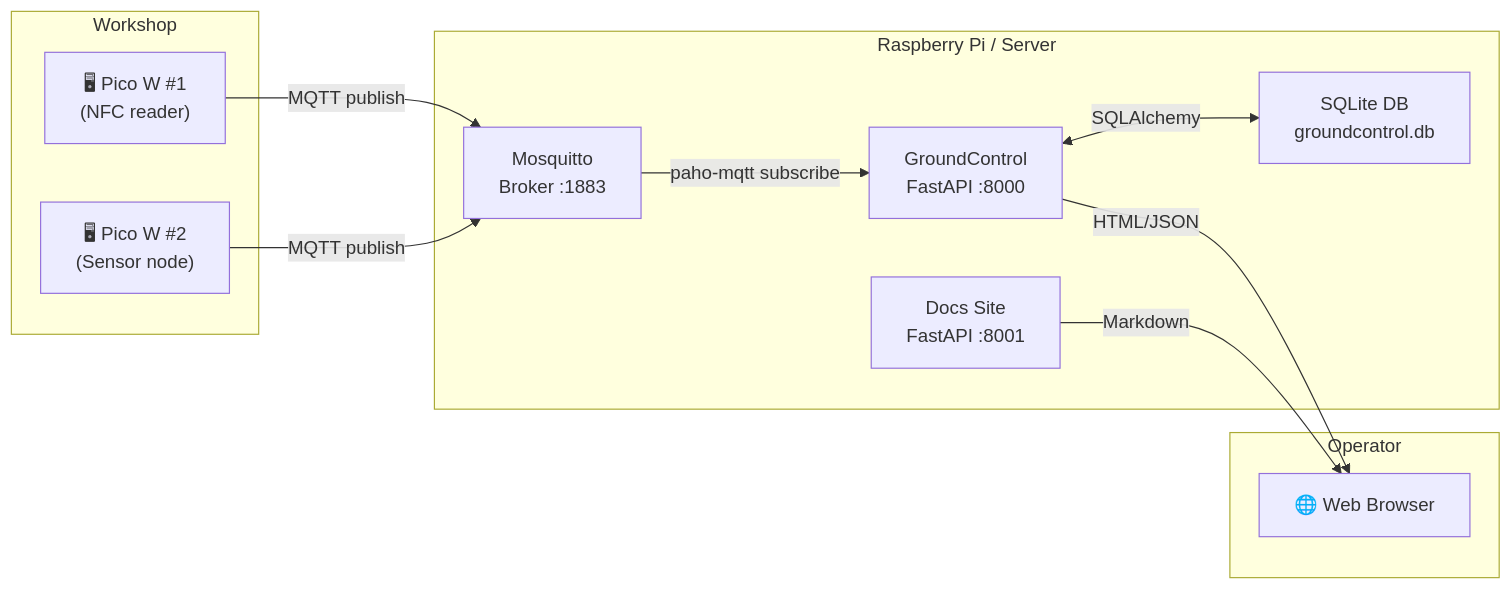
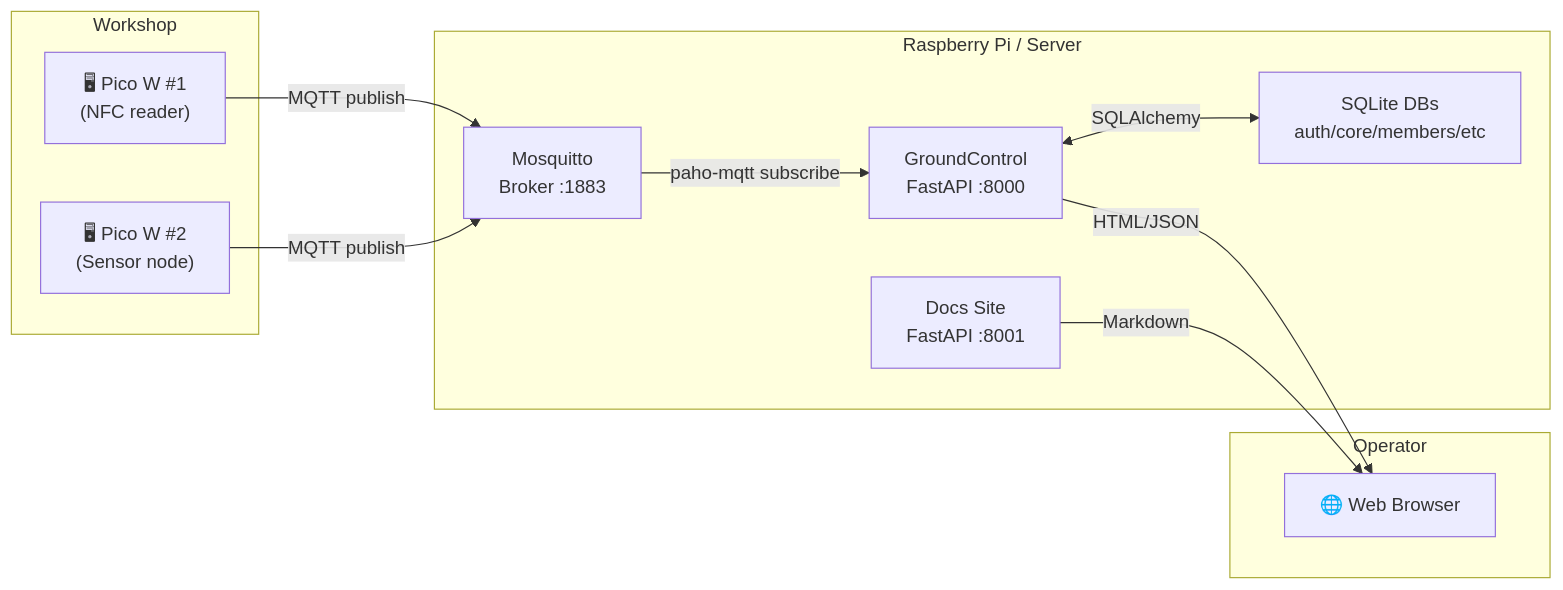
One commit to AlexErlewein/MakerPi_GroundControl changed the first of 3 diagrams in docs/00-overview.en.md. Above: the diagram before and after it, drawn with Mermaid. The commit also changed other lines of this file and 13 other files, not shown here.

````diff
--- a/docs/00-overview.en.md
+++ b/docs/00-overview.en.md
@@ -7,21 +7,21 @@
 ```mermaid
 graph LR
     subgraph Workshop
         D1["🖥 Pico W #1\n(NFC reader)"]
         D2["🖥 Pico W #2\n(Sensor node)"]
     end
     subgraph Server["Raspberry Pi / Server"]
         MB["Mosquitto\nBroker :1883"]
         GC["GroundControl\nFastAPI :8000"]
-        DB["SQLite DB\ngroundcontrol.db"]
+        DB["SQLite DBs\nauth/core/members/etc"]
         DOCS["Docs Site\nFastAPI :8001"]
     end
     subgraph Operator
         UI["🌐 Web Browser"]
     end
     D1 & D2 -->|"MQTT publish"| MB
     MB -->|"paho-mqtt subscribe"| GC
     GC <-->|"SQLAlchemy"| DB
     GC -->|"HTML/JSON"| UI
     DOCS -->|"Markdown"| UI
 ```
````
